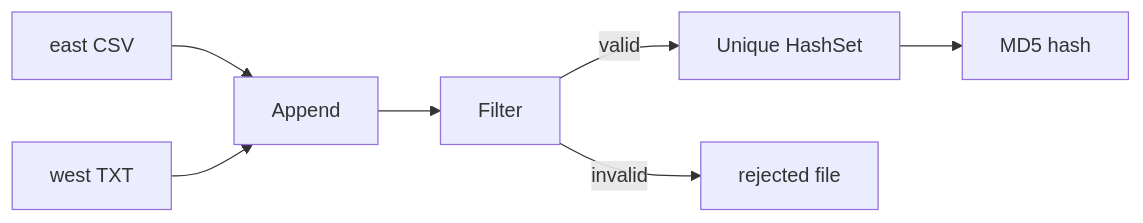
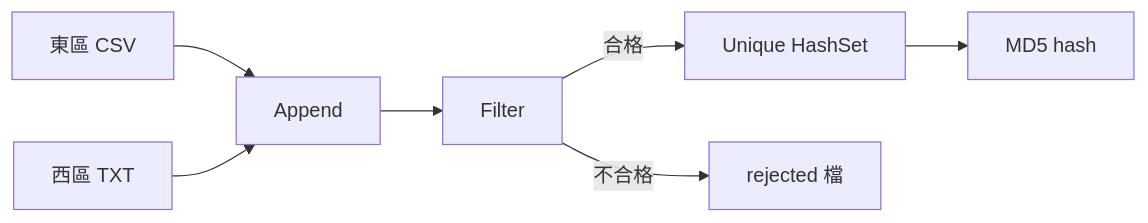
One commit to MCintheHOWSE/ai-fullstack-portfolio changed the diagram in ETL ENGINEER/portfolio/e1-data-quality/README.md. Above: the diagram before and after it, drawn with Mermaid. The commit also changed other lines of this file and 2 other files, not shown here.

````diff
--- a/ETL ENGINEER/portfolio/e1-data-quality/README.md
+++ b/ETL ENGINEER/portfolio/e1-data-quality/README.md
@@ -22,9 +22,9 @@
 ```mermaid
 flowchart LR
-  east[east CSV] --> append[Append]
-  west[west TXT] --> append
+  east[東區 CSV] --> append[Append]
+  west[西區 TXT] --> append
   append --> filter[Filter]
-  filter -->|valid| dedupe[Unique HashSet]
-  filter -->|invalid| rejected[rejected file]
+  filter -->|合格| dedupe[Unique HashSet]
+  filter -->|不合格| rejected[rejected 檔]
   dedupe --> hash[MD5 hash]
 ```
````
